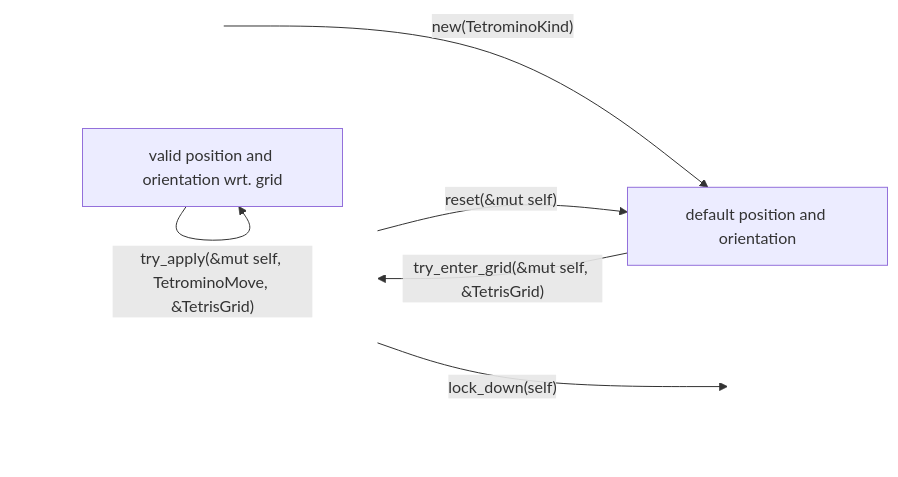
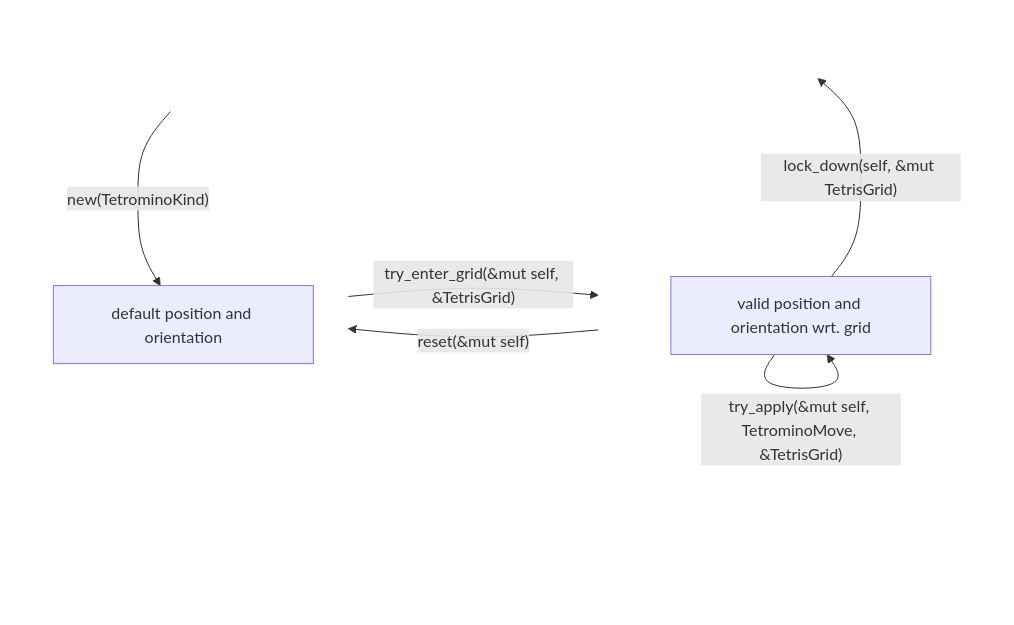
One commit to inesvar/tetris changed the diagram in tetris_core/src/tetromino/tetromino_state.mmd. Above: the diagram before and after it, drawn with Mermaid. The commit also changed 2 other files, not shown here.

```diff
--- a/tetris_core/src/tetromino/tetromino_state.mmd
+++ b/tetris_core/src/tetromino/tetromino_state.mmd
@@ -1,19 +1,30 @@
 graph LR
     %% objects
     start[ ]
+    start2[ ]
     state0[default position and orientation]
+    ending[ ]
     state2[valid position and orientation wrt. grid]
-    ending[ ]
 
-    start --"new(TetrominoKind)"--> state0
-    state0 --"try_enter_grid(&mut self, &TetrisGrid)"--> state2
-    subgraph g1[ ]
+    subgraph middle[ ]
         direction TB
+        ending ~~~~ state2
+        state2 --"lock_down(self, &mut TetrisGrid)"--> ending
         state2 --"try_apply(&mut self, TetrominoMove, &TetrisGrid)"--> state2
     end
-    state2 --"reset(&mut self)"--> state0
-    state2 --"lock_down(self)"--> ending
+    left --"try_enter_grid(&mut self, &TetrisGrid)"--> middle
+    middle --"reset(&mut self)"--> left
+
+    subgraph left[ ]
+        direction TB
+        start --"new(TetrominoKind)"---> state0
+        state0 ~~~ start
+        state0 ~~~~ start2
+    end
+
 
     style start stroke: none, fill:none;
+    style start2 stroke: none, fill:none;
+    style left stroke: none, fill:none;
     style ending stroke: none, fill:none;
-    style g1 stroke:none, fill:none;
+    style middle stroke: none, fill:none;
```
